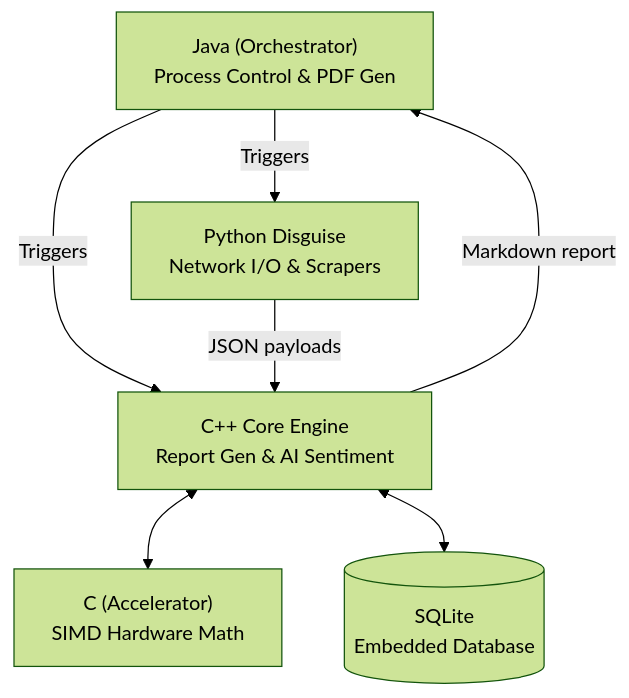
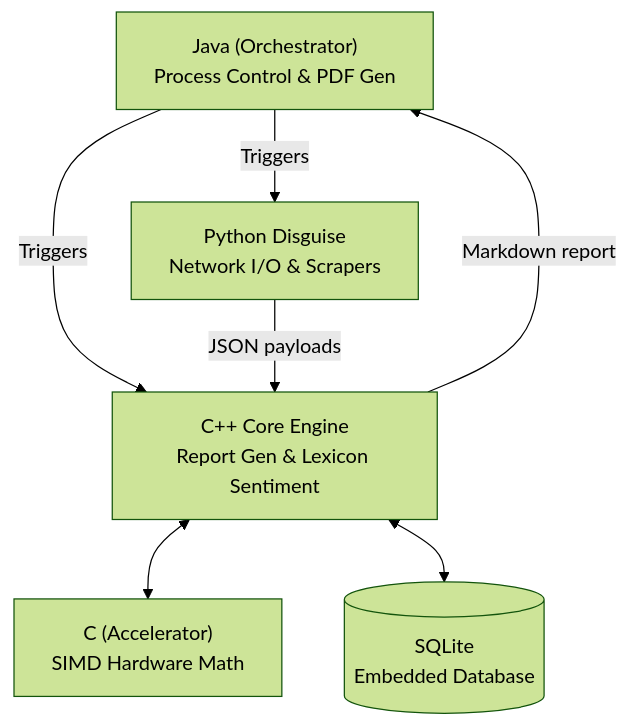
Before and after one commit to AnshumanJ28/invest-research-agent: the first of 2 diagrams in README.md, drawn with Mermaid (forest theme). The commit also changed other lines of this file and 3 other files, not shown here.

Commit message:
docs: updated README and Dockerfile to reflect lightweight architecture

````diff
--- a/README.md
+++ b/README.md
@@ -44,10 +44,10 @@
 ```mermaid
 flowchart TD
     A["Java (Orchestrator)\nProcess Control & PDF Gen"] -->|Triggers| B
     A -->|Triggers| C
     B["Python Disguise\nNetwork I/O & Scrapers"] -->|JSON payloads| C
-    C["C++ Core Engine\nReport Gen & AI Sentiment"] -->|Markdown report| A
+    C["C++ Core Engine\nReport Gen & Lexicon Sentiment"] -->|Markdown report| A
     
     C <--> D["C (Accelerator)\nSIMD Hardware Math"]
     C <--> E[("SQLite\nEmbedded Database")]
 ```
````
